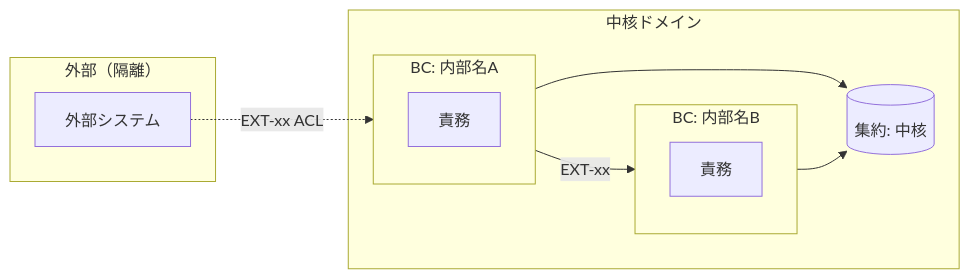
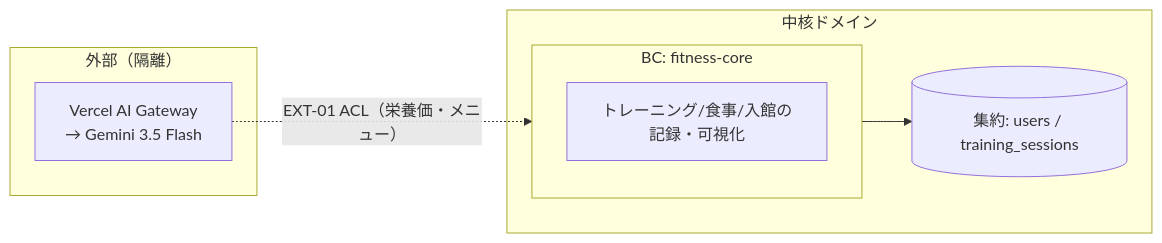
The second of 2 diagrams in docs/02_設計/30_データ・IF設計/01_データモデル.md (k-okada51/okada-fit), drawn with Mermaid before and after one commit. The commit also changed other lines of this file and 3 other files, not shown here.

````diff
--- a/docs/02_設計/30_データ・IF設計/01_データモデル.md
+++ b/docs/02_設計/30_データ・IF設計/01_データモデル.md
@@ -51,21 +82,15 @@
 ```mermaid
 flowchart LR
   subgraph EXT[外部（隔離）]
-    X[外部システム]
+    X[Vercel AI Gateway<br/>→ Gemini 3.5 Flash]
   end
   subgraph CORE[中核ドメイン]
-    subgraph BC1[BC: 内部名A]
-      A[責務]
+    subgraph BC1[BC: fitness-core]
+      A[トレーニング/食事/入館の記録・可視化]
     end
-    subgraph BC2[BC: 内部名B]
-      B[責務]
-    end
-    AGG[(集約: 中核)]
+    AGG[(集約: users / training_sessions)]
   end
 
-  %% ここに記載（BC間・外部隔離のフローとEXT-IDを追記）
-  X -. EXT-xx ACL .-> BC1
-  BC1 -- EXT-xx --> BC2
+  X -. EXT-01 ACL（栄養価・メニュー） .-> BC1
   BC1 --> AGG
-  BC2 --> AGG
 ```
````
